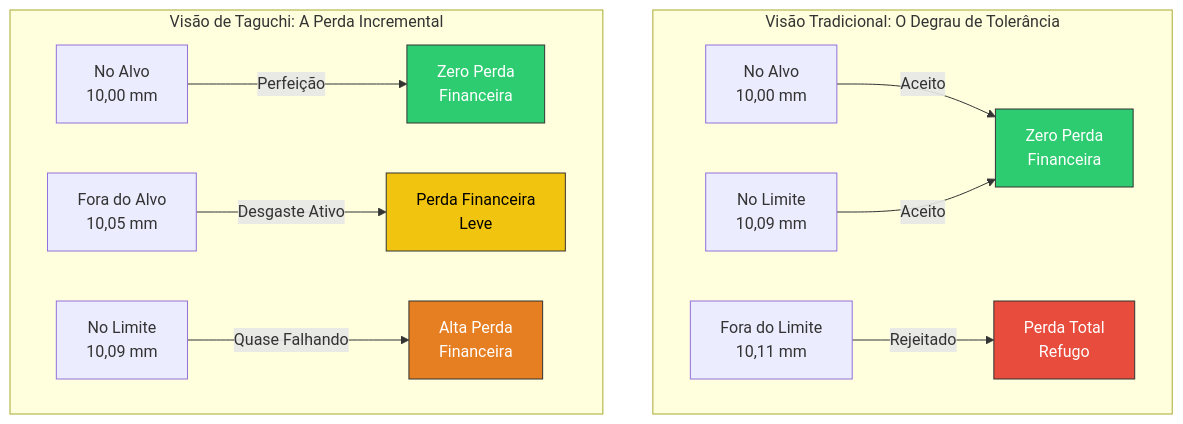
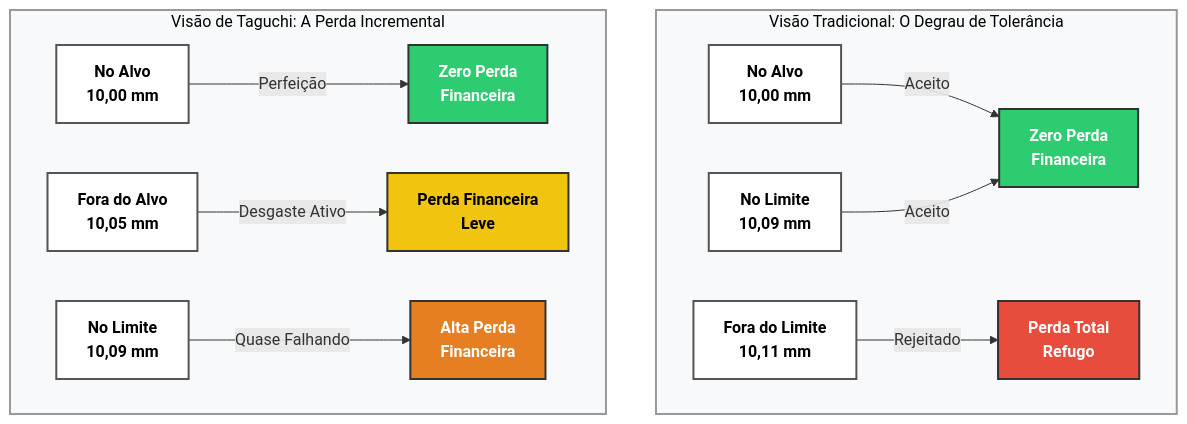
Before and after one commit to rafasfer2/MiningAnalyticsBook: the second of 3 diagrams in chapters/cap1-fundamentos.qmd, drawn with Mermaid. The commit also changed other lines of this file and 1 other file, not shown here.

Commit message:
Fix: Remove #| options de blocos mermaid em cap1 e converte Etapas para H5

````diff
--- a/chapters/cap1-fundamentos.qmd
+++ b/chapters/cap1-fundamentos.qmd
@@ -337,22 +338,27 @@
 ```{mermaid}
 flowchart TD
+    %% Definição de estilos para alto contraste (fundo claro e letras escuras)
+    classDef nodePadrao fill:#ffffff,stroke:#555,stroke-width:2px,color:#000,font-weight:bold
+    classDef okNode fill:#2ecc71,stroke:#333,stroke-width:2px,color:#ffffff,font-weight:bold
+    classDef warnNode fill:#f1c40f,stroke:#333,stroke-width:2px,color:#000000,font-weight:bold
+    classDef critNode fill:#e67e22,stroke:#333,stroke-width:2px,color:#ffffff,font-weight:bold
+    classDef nokNode fill:#e74c3c,stroke:#333,stroke-width:2px,color:#ffffff,font-weight:bold
+
+    %% Estilo claro para o fundo dos subgrafos para não atrapalhar a leitura
+    style TRADICIONAL fill:#f8f9fa,stroke:#999,stroke-width:2px,color:#000
+    style TAGUCHI fill:#f8f9fa,stroke:#999,stroke-width:2px,color:#000
+
     subgraph TRADICIONAL ["Visão Tradicional: O Degrau de Tolerância"]
         direction LR
-        T1["No Alvo<br>10,00 mm"] -->|Aceito| T_OK["Zero Perda<br>Financeira"]
-        T2["No Limite<br>10,09 mm"] -->|Aceito| T_OK
-        T3["Fora do Limite<br>10,11 mm"] -->|Rejeitado| T_NOK["Perda Total<br>Refugo"]
+        T1["No Alvo<br>10,00 mm"]:::nodePadrao -->|Aceito| T_OK["Zero Perda<br>Financeira"]:::okNode
+        T2["No Limite<br>10,09 mm"]:::nodePadrao -->|Aceito| T_OK
+        T3["Fora do Limite<br>10,11 mm"]:::nodePadrao -->|Rejeitado| T_NOK["Perda Total<br>Refugo"]:::nokNode
     end
 
     subgraph TAGUCHI ["Visão de Taguchi: A Perda Incremental"]
         direction LR
-        G1["No Alvo<br>10,00 mm"] -->|Perfeição| G_OK["Zero Perda<br>Financeira"]
-        G2["Fora do Alvo<br>10,05 mm"] -->|Desgaste Ativo| G_WARN["Perda Financeira<br>Leve"]
-        G3["No Limite<br>10,09 mm"] -->|Quase Falhando| G_CRIT["Alta Perda<br>Financeira"]
+        G1["No Alvo<br>10,00 mm"]:::nodePadrao -->|Perfeição| G_OK["Zero Perda<br>Financeira"]:::okNode
+        G2["Fora do Alvo<br>10,05 mm"]:::nodePadrao -->|Desgaste Ativo| G_WARN["Perda Financeira<br>Leve"]:::warnNode
+        G3["No Limite<br>10,09 mm"]:::nodePadrao -->|Quase Falhando| G_CRIT["Alta Perda<br>Financeira"]:::critNode
     end
-
-    style T_OK fill:#2ecc71,color:#fff,stroke:#333
-    style T_NOK fill:#e74c3c,color:#fff,stroke:#333
-    style G_OK fill:#2ecc71,color:#fff,stroke:#333
-    style G_WARN fill:#f1c40f,color:#000,stroke:#333
-    style G_CRIT fill:#e67e22,color:#fff,stroke:#333
 ```
````
